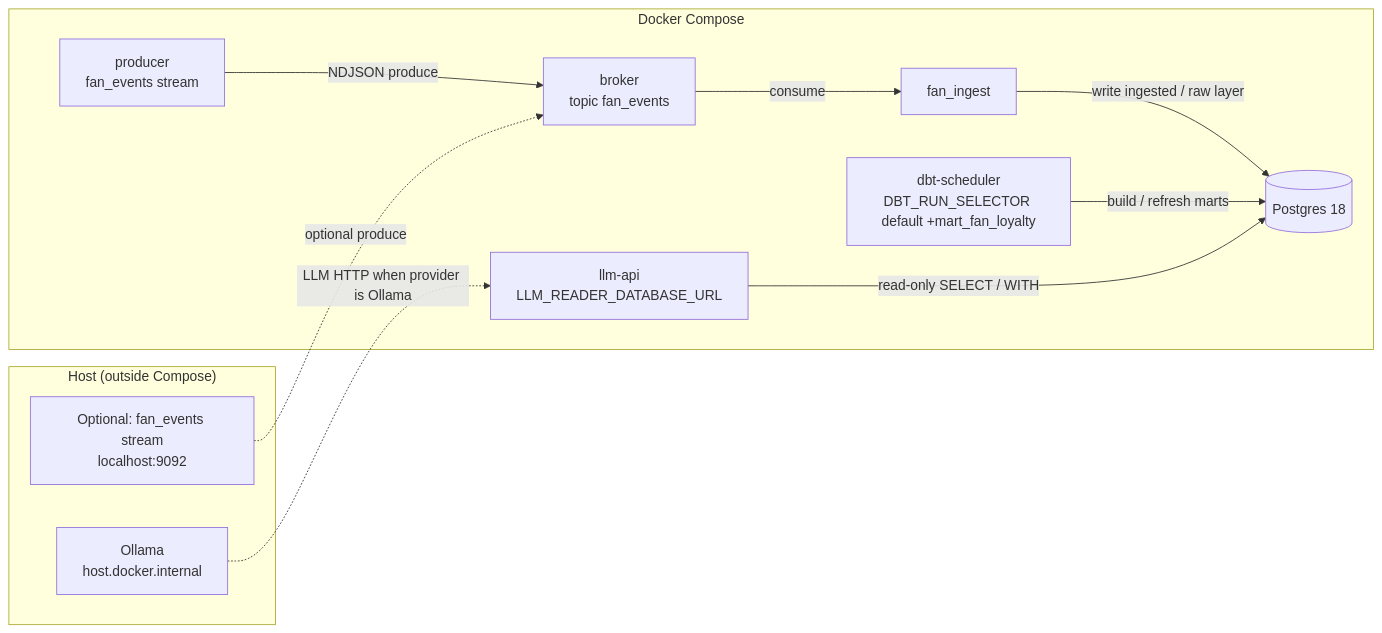
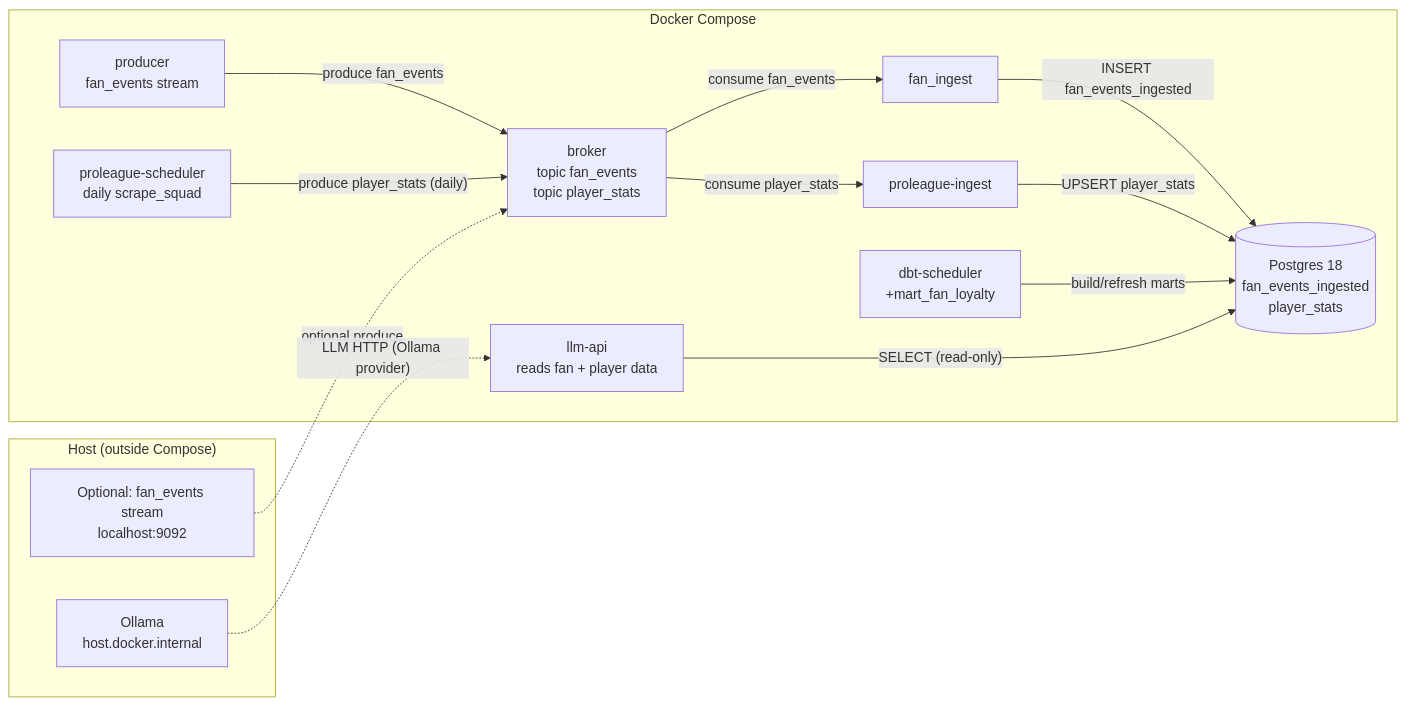
Before and after one commit to mberetvas/blauw_zwart_pipeline: the second of 2 diagrams in README.md, drawn with Mermaid. The commit also changed other lines of this file and 1 other file, not shown here.

First line of the commit message:
feat: enhance player stats integration and database management

````diff
--- a/README.md
+++ b/README.md
@@ -209,24 +227,29 @@
 ```mermaid
 flowchart LR
   subgraph host_ext["Host (outside Compose)"]
     host_producer["Optional: fan_events stream<br/>localhost:9092"]
     ollama["Ollama<br/>host.docker.internal"]
   end
 
   subgraph stack["Docker Compose"]
     producer["producer<br/>fan_events stream"]
-    broker["broker<br/>topic fan_events"]
+    sched["proleague-scheduler<br/>daily scrape_squad"]
+    broker["broker<br/>topic fan_events<br/>topic player_stats"]
     ingest["fan_ingest"]
-    pg[("Postgres 18")]
-    dbt["dbt-scheduler<br/>DBT_RUN_SELECTOR default +mart_fan_loyalty"]
-    llm["llm-api<br/>LLM_READER_DATABASE_URL"]
+    pl_ingest["proleague-ingest"]
+    pg[("Postgres 18<br/>fan_events_ingested<br/>player_stats")]
+    dbt["dbt-scheduler<br/>+mart_fan_loyalty"]
+    llm["llm-api<br/>reads fan + player data"]
   end
 
-  producer -->|"NDJSON produce"| broker
+  producer -->|"produce fan_events"| broker
   host_producer -.->|"optional produce"| broker
-  broker -->|"consume"| ingest
-  ingest -->|"write ingested / raw layer"| pg
-  dbt -->|"build / refresh marts"| pg
-  llm -->|"read-only SELECT / WITH"| pg
-  ollama -.->|"LLM HTTP when provider is Ollama"| llm
+  sched -->|"produce player_stats (daily)"| broker
+  broker -->|"consume fan_events"| ingest
+  broker -->|"consume player_stats"| pl_ingest
+  ingest -->|"INSERT fan_events_ingested"| pg
+  pl_ingest -->|"UPSERT player_stats"| pg
+  dbt -->|"build/refresh marts"| pg
+  llm -->|"SELECT (read-only)"| pg
+  ollama -.->|"LLM HTTP (Ollama provider)"| llm
 ```
````
